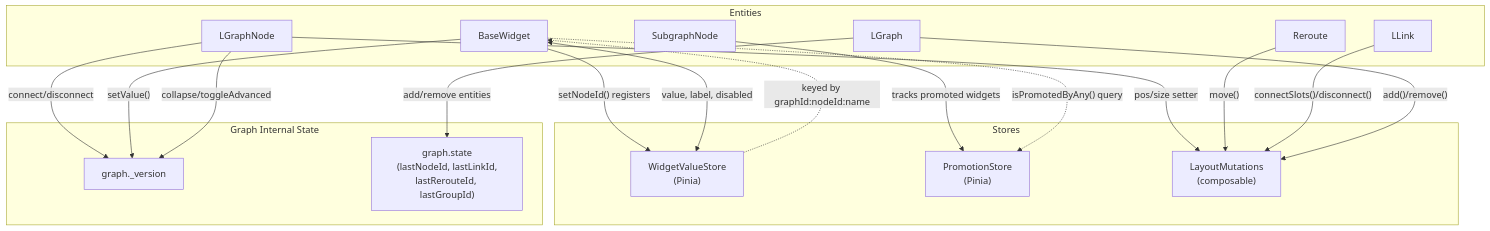
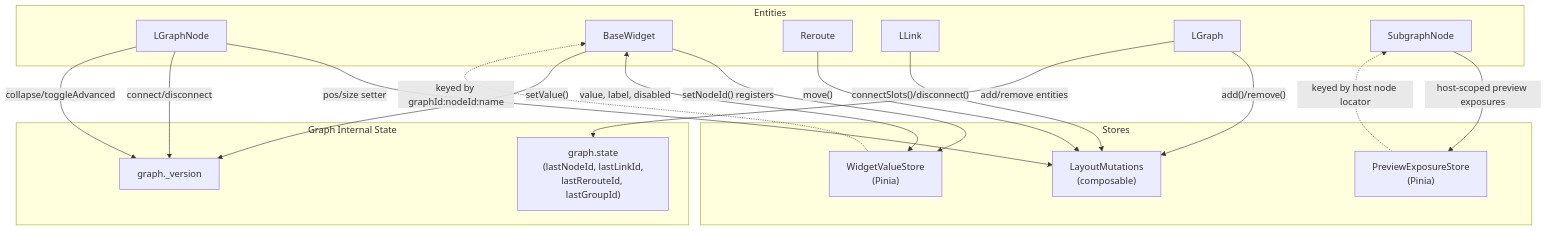
One commit to mg-org-4/sub-251027 changed diagram 11 of 13 in ComfyUI_frontend/docs/architecture/entity-interactions.md. Above: the diagram before and after it, drawn with Mermaid. The commit also changed other lines of this file and 518 other files, not shown here.

````diff
--- a/ComfyUI_frontend/docs/architecture/entity-interactions.md
+++ b/ComfyUI_frontend/docs/architecture/entity-interactions.md
@@ -350,48 +350,48 @@
 ```mermaid
 graph TD
     subgraph Entities
         Node["LGraphNode"]
         Widget["BaseWidget"]
         Reroute["Reroute"]
         Link["LLink"]
         Graph["LGraph"]
         SGNode["SubgraphNode"]
     end
 
     subgraph Stores
         WVS["WidgetValueStore
 (Pinia)"]
-        PS["PromotionStore
+        PES["PreviewExposureStore
 (Pinia)"]
         LM["LayoutMutations
 (composable)"]
     end
 
     subgraph GraphState["Graph Internal State"]
         Version["graph._version"]
         LGState["graph.state
 (lastNodeId, lastLinkId,
 lastRerouteId, lastGroupId)"]
     end
 
     %% WidgetValueStore
     Widget -->|"setNodeId() registers"| WVS
     Widget <-->|"value, label, disabled"| WVS
     WVS -.->|"keyed by graphId:nodeId:name"| Widget
 
-    %% PromotionStore
-    SGNode -->|"tracks promoted widgets"| PS
-    Widget -.->|"isPromotedByAny() query"| PS
+    %% PreviewExposureStore
+    SGNode -->|"host-scoped preview exposures"| PES
+    PES -.->|"keyed by host node locator"| SGNode
 
     %% LayoutMutations
     Node -->|"pos/size setter"| LM
     Reroute -->|"move()"| LM
     Link -->|"connectSlots()/disconnect()"| LM
     Graph -->|"add()/remove()"| LM
 
     %% Graph state
     Node -->|"connect/disconnect"| Version
     Widget -->|"setValue()"| Version
     Node -->|"collapse/toggleAdvanced"| Version
     Graph -->|"add/remove entities"| LGState
 ```
````
